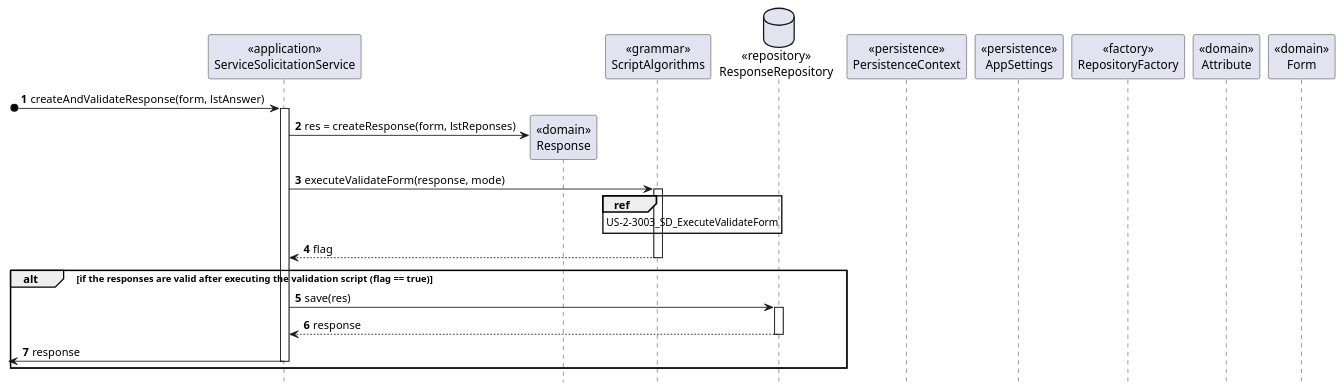
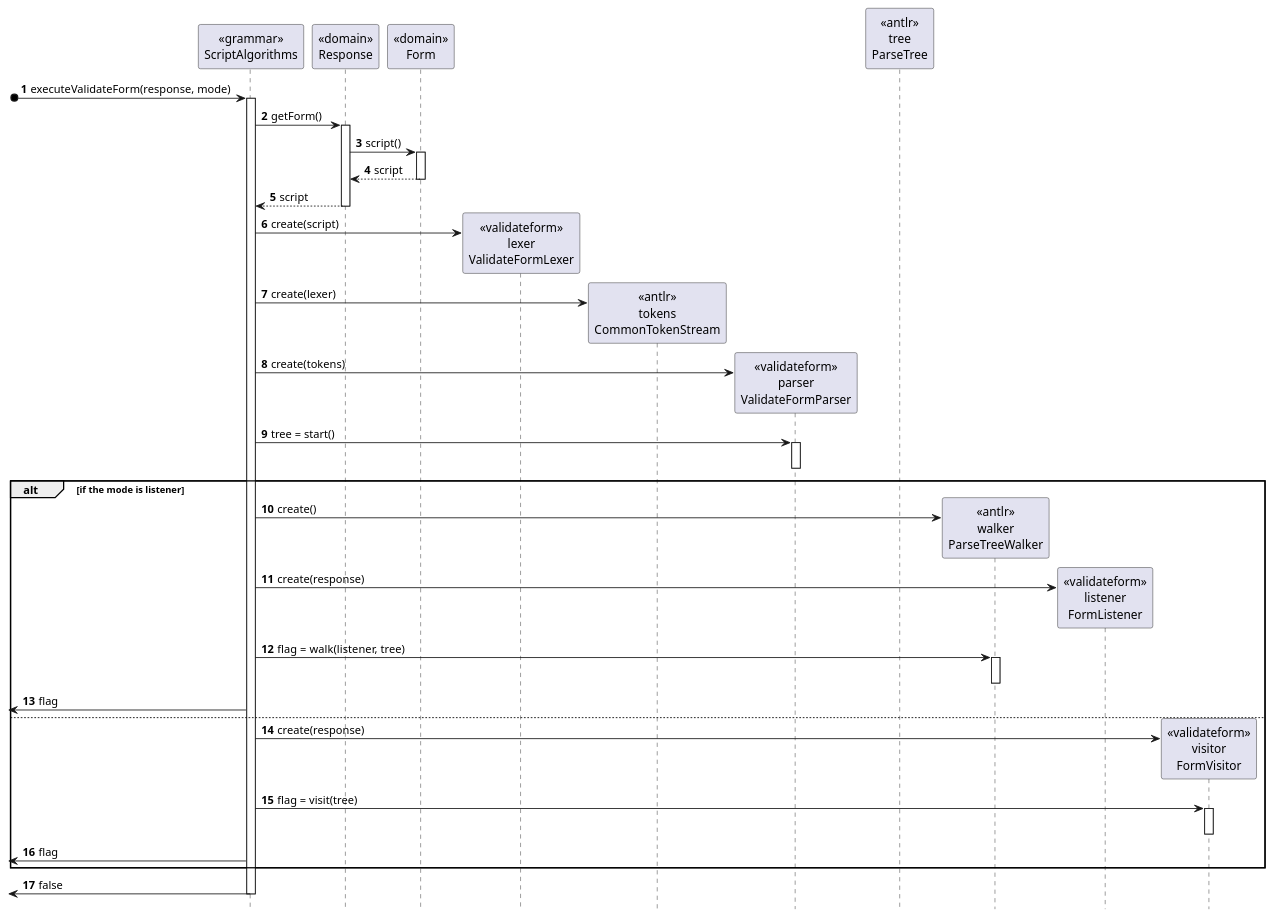
The diagram in doc/engenharia/SprintD/1190967/US-2-3003_CompleteTicket/US-2-3003_SD_ExecuteValidateForm.puml (tiagoavcosta25/LAPR4), drawn with PlantUML before and after one commit.

Commit message:
LAPR4-175 #design #fixing [US-0-3003] Execute Validate Form Script Sequece Diagram Adjustments

```diff
--- a/doc/engenharia/SprintD/1190967/US-2-3003_CompleteTicket/US-2-3003_SD_ExecuteValidateForm.puml
+++ b/doc/engenharia/SprintD/1190967/US-2-3003_CompleteTicket/US-2-3003_SD_ExecuteValidateForm.puml
@@ -1,43 +1,67 @@
 @startuml
 autonumber
 hide footbox
 
-participant "<<application>>\nServiceSolicitationService" as SRV
+participant "<<grammar>>\nScriptAlgorithms" as SA
 participant "<<domain>>\nResponse" as RS
-participant "<<grammar>>\nScriptAlgorithms" as SA
-database "<<repository>>\nResponseRepository" as RR
-participant "<<persistence>>\nPersistenceContext" as PC
-participant "<<persistence>>\nAppSettings" as AS
-participant "<<factory>>\nRepositoryFactory" as RF
-participant "<<domain>>\nAttribute" as A
 participant "<<domain>>\nForm" as F
+participant "<<validateform>>\nlexer\nValidateFormLexer" as VFL
+participant "<<antlr>>\ntokens\nCommonTokenStream" as CTS
+participant "<<validateform>>\nparser\nValidateFormParser" as VFP
+participant "<<antlr>>\ntree\nParseTree" as PT
+participant "<<antlr>>\nwalker\nParseTreeWalker" as PTW
+participant "<<validateform>>\nlistener\nFormListener" as FL
+participant "<<validateform>>\nvisitor\nFormVisitor" as FV
 
-[o-> SRV : createAndValidateResponse(form, lstAnswer)
-activate SRV
-
-SRV -> RS** : res = createResponse(form, lstReponses)
-
-SRV -> SA : executeValidateForm(response, mode)
+[o-> SA : executeValidateForm(response, mode)
 activate SA
 
-ref over SA
-  US-2-3003_SD_ExecuteValidateForm
-end ref
+SA -> RS : getForm()
+activate RS
 
-SA --> SRV : flag
-deactivate SA
+RS -> F : script()
+activate F
 
-alt if the responses are valid after executing the validation script (flag == true)
+F --> RS : script
+deactivate F
 
-SRV -> RR : save(res)
-activate RR
+RS --> SA : script
+deactivate RS
 
-RR --> SRV : response
-deactivate RR
+SA -> VFL** : create(script)
 
-<- SRV : response
-deactivate SRV
+SA -> CTS** : create(lexer)
+
+SA -> VFP** : create(tokens)
+
+SA -> VFP : tree = start()
+activate VFP
+deactivate VFP
+
+alt if the mode is listener
+
+SA -> PTW** : create()
+SA -> FL** : create(response)
+
+SA -> PTW : flag = walk(listener, tree)
+activate PTW
+deactivate PTW
+
+<- SA : flag
+
+else
+
+SA -> FV** : create(response)
+
+SA -> FV : flag = visit(tree)
+activate FV
+deactivate FV
+
+<- SA : flag
 
 end
 
+<- SA : false
+deactivate SA
+
 @enduml
```
